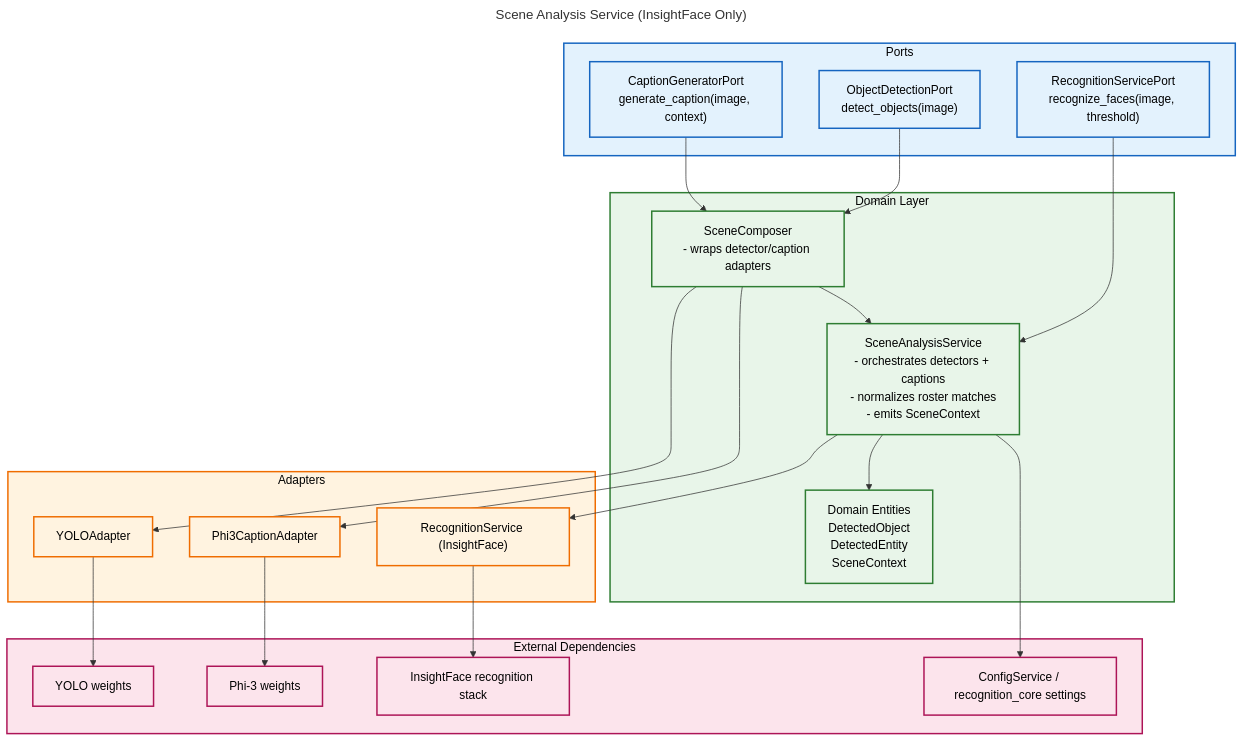
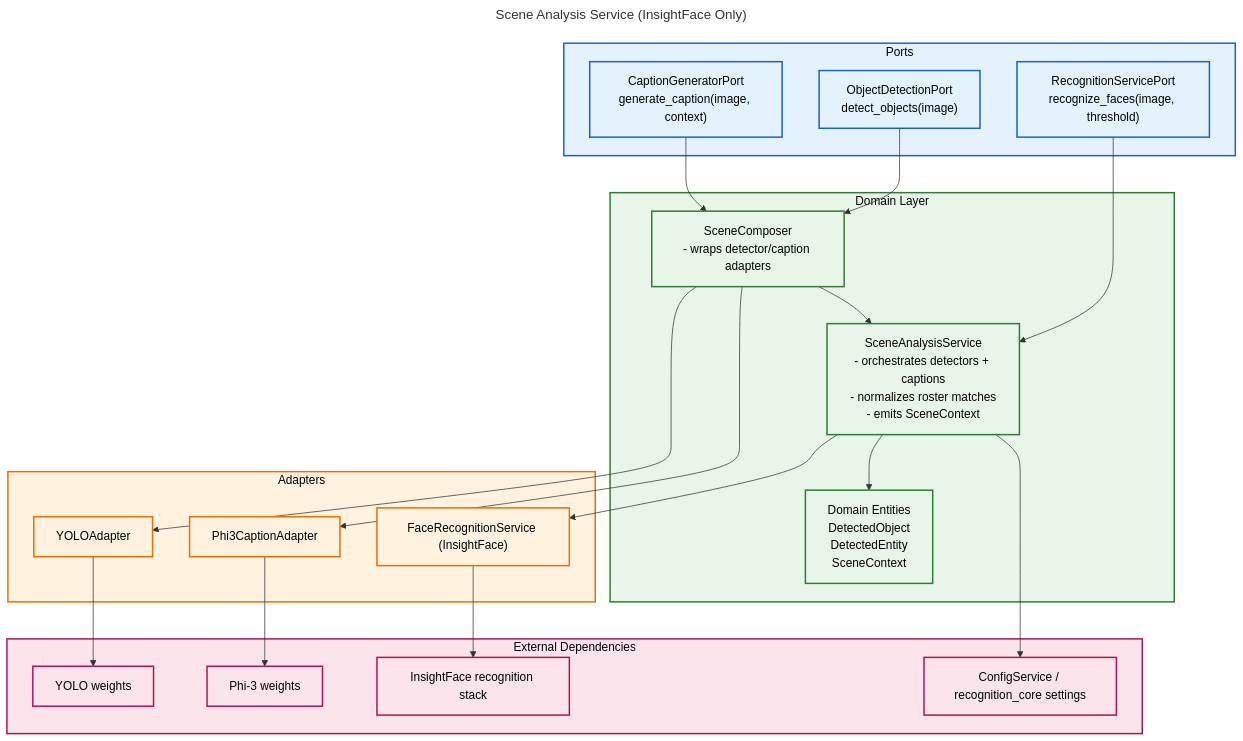
Before and after one commit to darce/context-alt-text-monorepo: the diagram in docs/architecture/backend-uml/analysis_service.mermaid, drawn with Mermaid. The commit also changed 11 other files, not shown here.

Commit message:
Rename recognition orchestrator to FaceRecognitionService

```diff
--- a/docs/architecture/backend-uml/analysis_service.mermaid
+++ b/docs/architecture/backend-uml/analysis_service.mermaid
@@ -1,54 +1,54 @@
 ---
 title: Scene Analysis Service (InsightFace Only)
 ---
 flowchart TB
     subgraph ports["Ports"]
         object_port["ObjectDetectionPort\ndetect_objects(image)"]
         caption_port["CaptionGeneratorPort\ngenerate_caption(image, context)"]
         recognition_port["RecognitionServicePort\nrecognize_faces(image, threshold)"]
     end
 
     subgraph domain["Domain Layer"]
         scene_service["SceneAnalysisService\n- orchestrates detectors + captions\n- normalizes roster matches\n- emits SceneContext"]
         scene_composer["SceneComposer\n- wraps detector/caption adapters"]
         scene_entities["Domain Entities\nDetectedObject\nDetectedEntity\nSceneContext"]
     end
 
     subgraph adapters["Adapters"]
         yolo_adapter["YOLOAdapter"]
         caption_adapter["Phi3CaptionAdapter"]
-        recognition_service_adapter["RecognitionService (InsightFace)"]
+        recognition_service_adapter["FaceRecognitionService (InsightFace)"]
     end
 
     subgraph external["External Dependencies"]
         yolo_weights["YOLO weights"]
         phi3_weights["Phi-3 weights"]
         recognition_stack["InsightFace recognition stack"]
         settings_yaml["ConfigService / recognition_core settings"]
     end
 
     object_port --> scene_composer
     caption_port --> scene_composer
     recognition_port --> scene_service
 
     scene_composer --> scene_service
     scene_service --> scene_entities
 
     scene_composer --> yolo_adapter
     scene_composer --> caption_adapter
     scene_service --> recognition_service_adapter
 
     yolo_adapter --> yolo_weights
     caption_adapter --> phi3_weights
     recognition_service_adapter --> recognition_stack
     scene_service --> settings_yaml
 
     classDef portsClass fill:#e3f2fd,stroke:#1565c0,color:#000,stroke-width:2px
     classDef domainClass fill:#e8f5e9,stroke:#2e7d32,color:#000,stroke-width:2px
     classDef adapterClass fill:#fff3e0,stroke:#ef6c00,color:#000,stroke-width:2px
     classDef externalClass fill:#fce4ec,stroke:#ad1457,color:#000,stroke-width:2px
 
     class ports,object_port,caption_port,recognition_port portsClass
     class domain,scene_service,scene_composer,scene_entities domainClass
     class adapters,yolo_adapter,caption_adapter,recognition_service_adapter adapterClass
     class external,yolo_weights,phi3_weights,recognition_stack,settings_yaml externalClass
```
